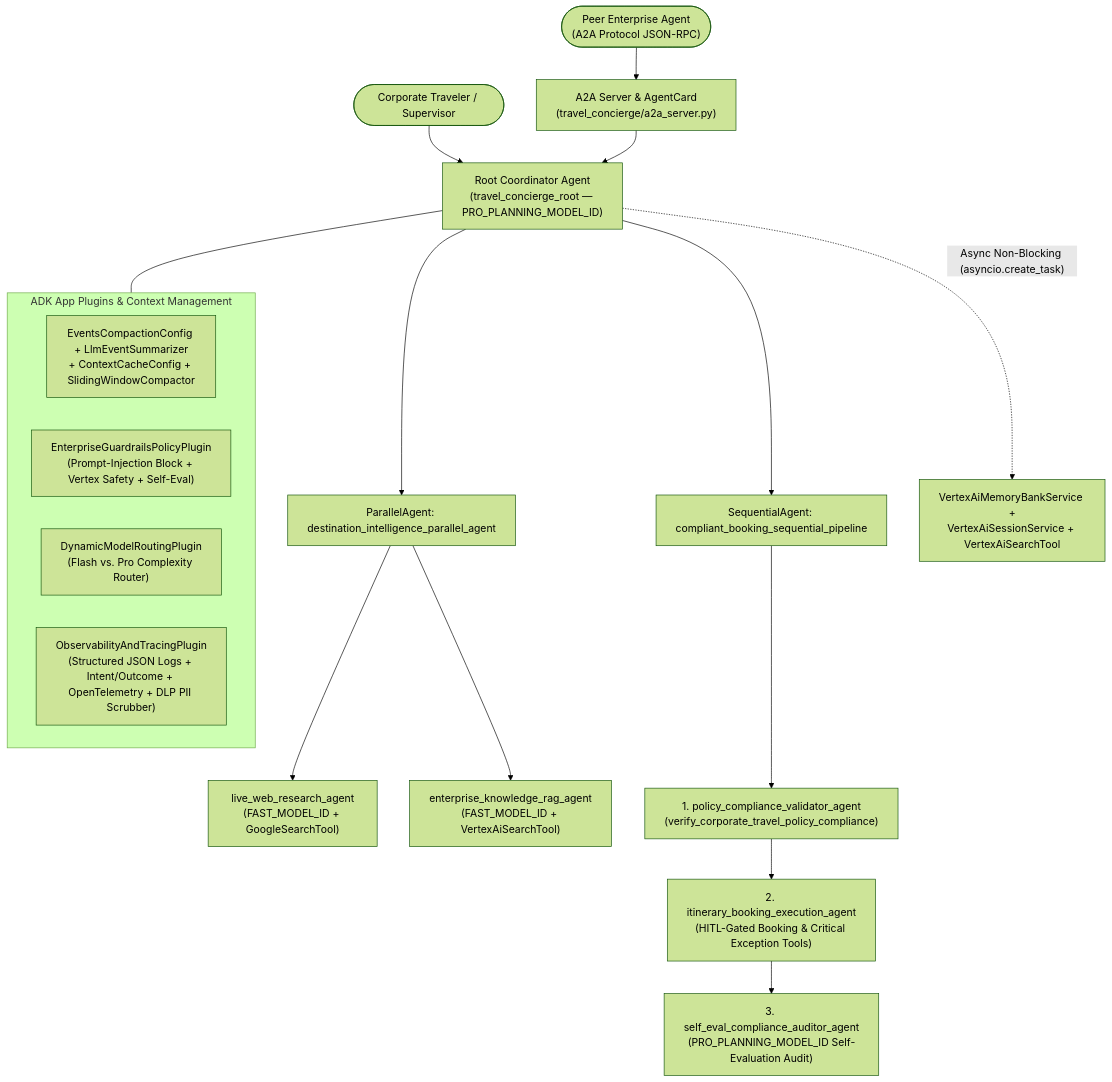
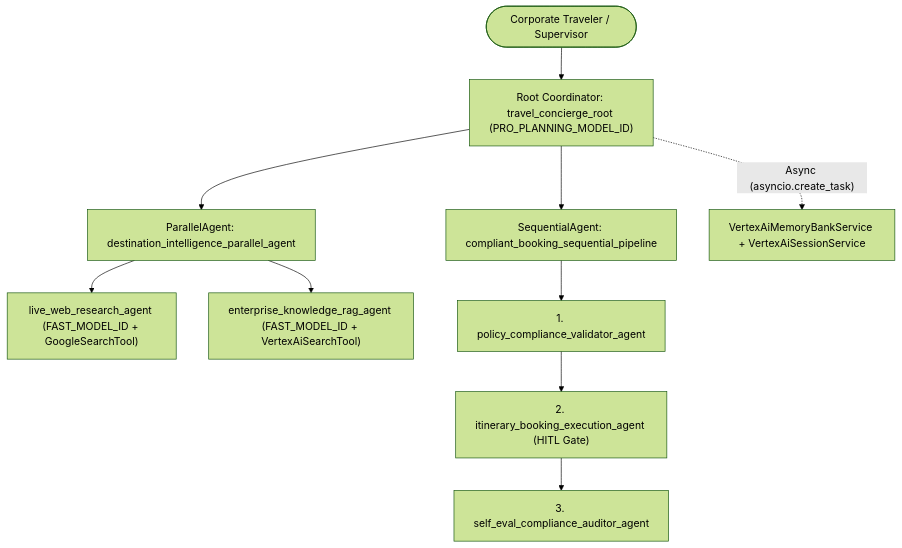
The diagram in README.md (JZ3736/Coderama), drawn with Mermaid (forest theme) before and after one commit. The commit also changed other lines of this file and 15 other files, not shown here.

````diff
--- a/README.md
+++ b/README.md
@@ -25,26 +12,12 @@
 ```mermaid
 flowchart TB
-    User(["Corporate Traveler / Supervisor"]) --> Root["Root Coordinator Agent<br/>(travel_concierge_root — PRO_PLANNING_MODEL_ID)"]
-    PeerAgent(["Peer Enterprise Agent<br/>(A2A Protocol JSON-RPC)"]) --> A2A["A2A Server & AgentCard<br/>(travel_concierge/a2a_server.py)"]
-    A2A --> Root
-
-    subgraph Plugins["ADK App Plugins & Context Management"]
-        Compaction["EventsCompactionConfig + LlmEventSummarizer<br/>+ ContextCacheConfig + SlidingWindowCompactor"]
-        Guardrails["EnterpriseGuardrailsPolicyPlugin<br/>(Prompt-Injection Block + Vertex Safety + Self-Eval)"]
-        Router["DynamicModelRoutingPlugin<br/>(Flash vs. Pro Complexity Router)"]
-        Telemetry["ObservabilityAndTracingPlugin<br/>(Structured JSON Logs + Intent/Outcome + OpenTelemetry + DLP PII Scrubber)"]
-    end
-
-    Root --- Plugins
-
+    User(["Corporate Traveler / Supervisor"]) --> Root["Root Coordinator: travel_concierge_root (PRO_PLANNING_MODEL_ID)"]
     Root --> Parallel["ParallelAgent: destination_intelligence_parallel_agent"]
-    Parallel --> WebAgent["live_web_research_agent<br/>(FAST_MODEL_ID + GoogleSearchTool)"]
-    Parallel --> RagAgent["enterprise_knowledge_rag_agent<br/>(FAST_MODEL_ID + VertexAiSearchTool)"]
-
+    Parallel --> WebAgent["live_web_research_agent (FAST_MODEL_ID + GoogleSearchTool)"]
+    Parallel --> RagAgent["enterprise_knowledge_rag_agent (FAST_MODEL_ID + VertexAiSearchTool)"]
     Root --> Seq["SequentialAgent: compliant_booking_sequential_pipeline"]
-    Seq --> Step1["1. policy_compliance_validator_agent<br/>(verify_corporate_travel_policy_compliance)"]
-    Step1 --> Step2["2. itinerary_booking_execution_agent<br/>(HITL-Gated Booking & Critical Exception Tools)"]
-    Step2 --> Step3["3. self_eval_compliance_auditor_agent<br/>(PRO_PLANNING_MODEL_ID Self-Evaluation Audit)"]
-
-    Root -. "Async Non-Blocking (asyncio.create_task)" .-> Memory["VertexAiMemoryBankService +<br/>VertexAiSessionService + VertexAiSearchTool"]
+    Seq --> Step1["1. policy_compliance_validator_agent"]
+    Step1 --> Step2["2. itinerary_booking_execution_agent (HITL Gate)"]
+    Step2 --> Step3["3. self_eval_compliance_auditor_agent"]
+    Root -. "Async (asyncio.create_task)" .-> Memory["VertexAiMemoryBankService + VertexAiSessionService"]
 ```
````
